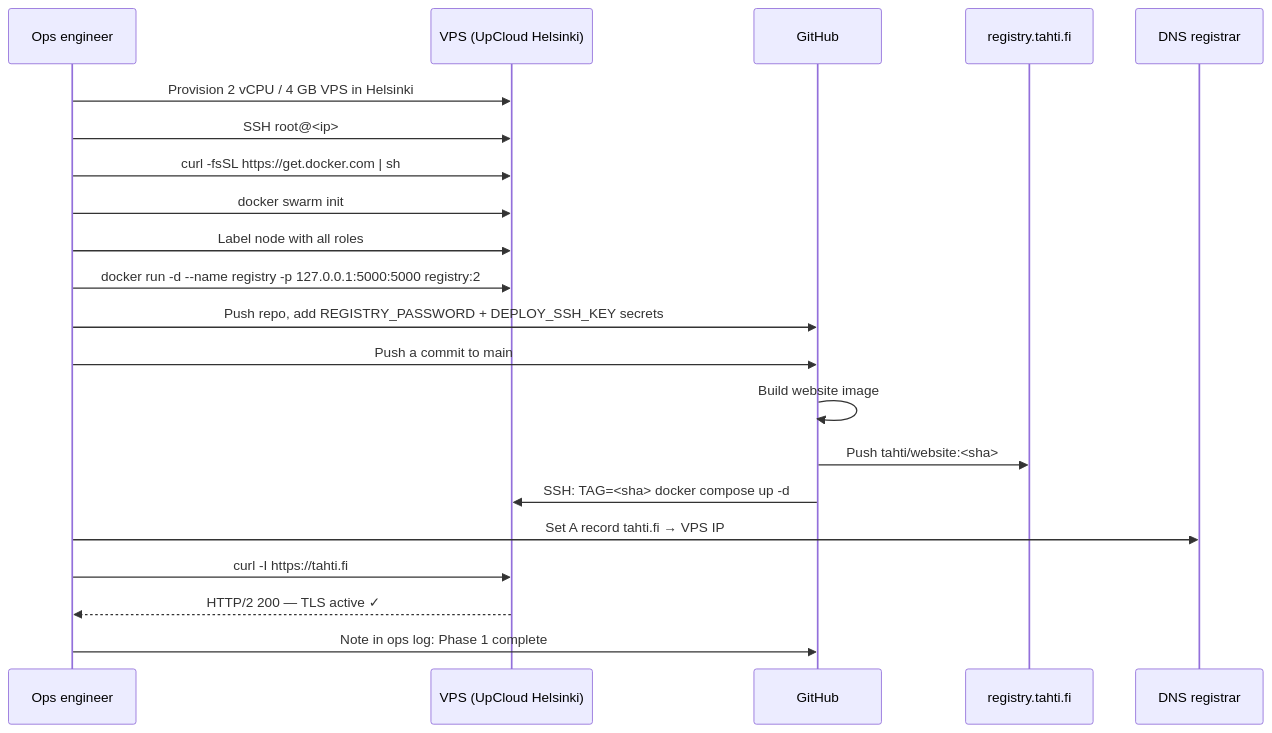
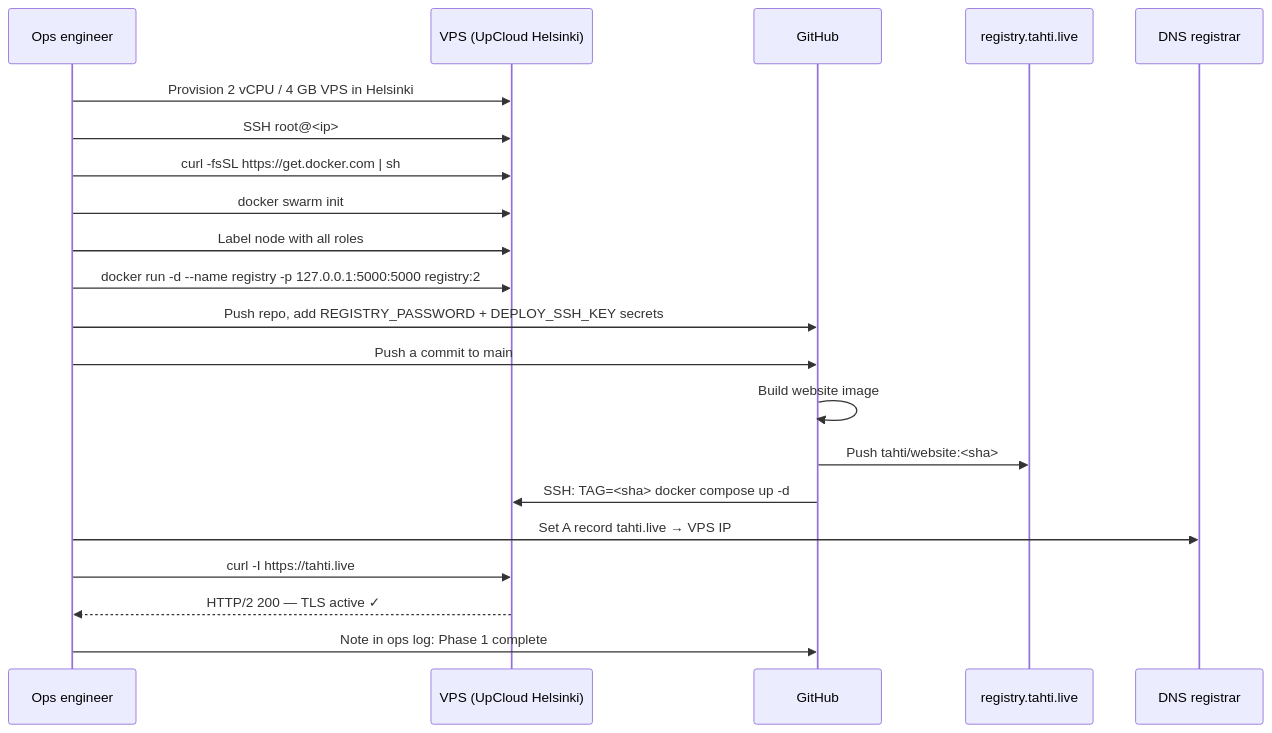
The second of 8 diagrams in docs/technical/journey-ops.md (janiluuk/tahti-org), drawn with Mermaid before and after one commit. The commit also changed other lines of this file and 148 other files, not shown here.

First line of the commit message:
feat(m10): member governance, chat polish, domain rename to tahti.live

````diff
--- a/docs/technical/journey-ops.md
+++ b/docs/technical/journey-ops.md
@@ -41,26 +41,26 @@
 ```mermaid
 sequenceDiagram
     participant Ops as Ops engineer
     participant VPS as VPS (UpCloud Helsinki)
     participant GH as GitHub
-    participant Reg as registry.tahti.fi
+    participant Reg as registry.tahti.live
     participant DNS as DNS registrar
 
     Ops->>VPS: Provision 2 vCPU / 4 GB VPS in Helsinki
     Ops->>VPS: SSH root@<ip>
     Ops->>VPS: curl -fsSL https://get.docker.com | sh
     Ops->>VPS: docker swarm init
     Ops->>VPS: Label node with all roles
     Ops->>VPS: docker run -d --name registry -p 127.0.0.1:5000:5000 registry:2
 
     Ops->>GH: Push repo, add REGISTRY_PASSWORD + DEPLOY_SSH_KEY secrets
     Ops->>GH: Push a commit to main
     GH->>GH: Build website image
     GH->>Reg: Push tahti/website:<sha>
     GH->>VPS: SSH: TAG=<sha> docker compose up -d
 
-    Ops->>DNS: Set A record tahti.fi → VPS IP
-    Ops->>VPS: curl -I https://tahti.fi
+    Ops->>DNS: Set A record tahti.live → VPS IP
+    Ops->>VPS: curl -I https://tahti.live
     VPS-->>Ops: HTTP/2 200 — TLS active ✓
     Ops->>GH: Note in ops log: Phase 1 complete
 ```
````
